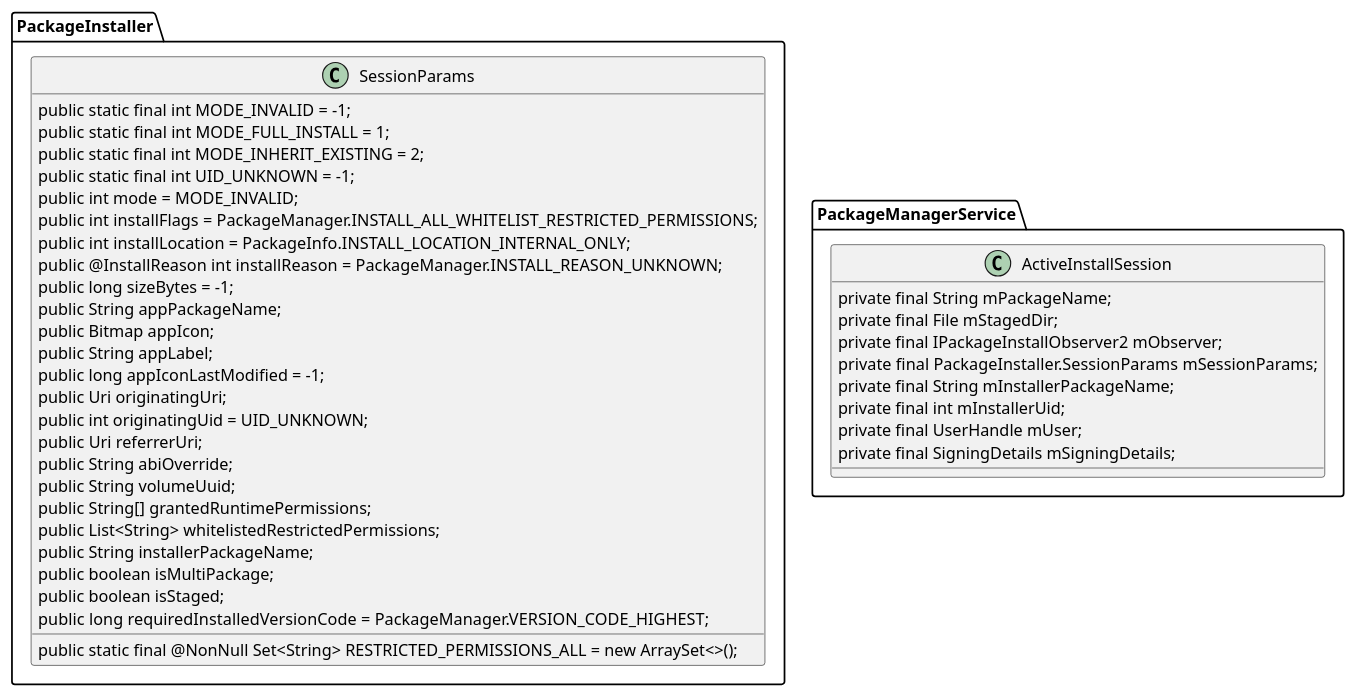
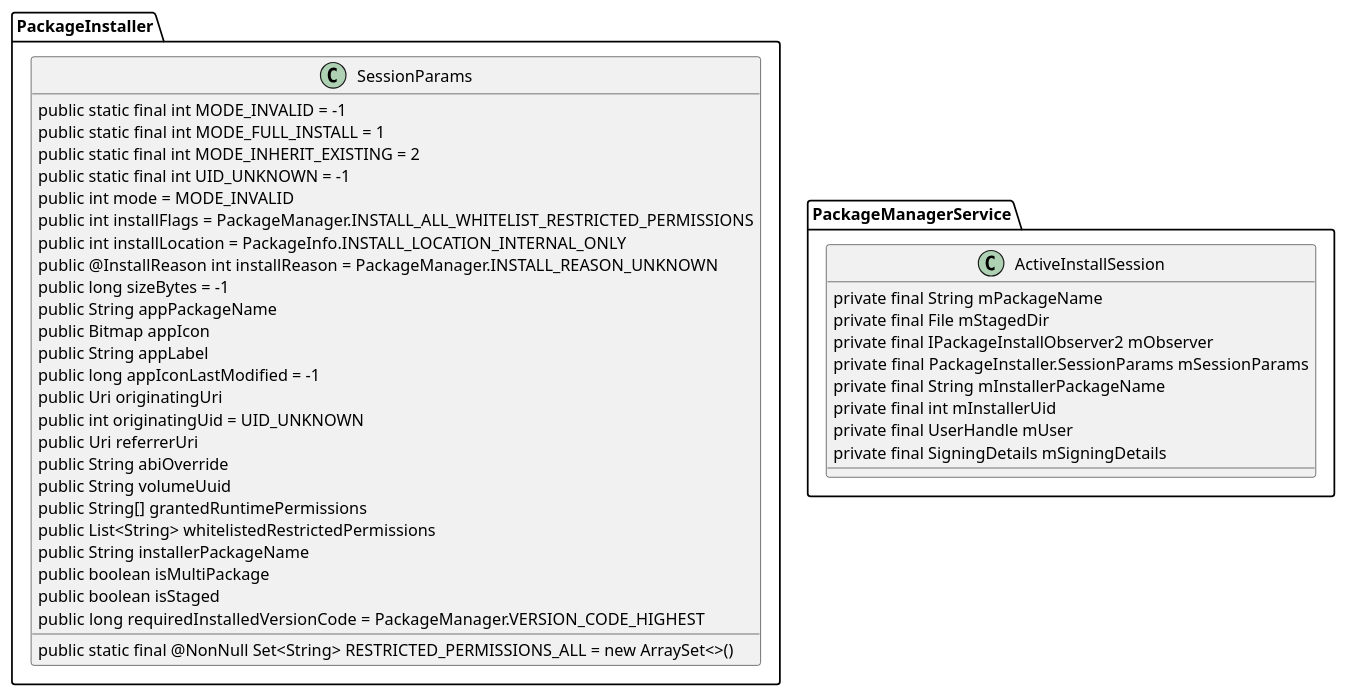
The diagram in source/_posts/android/pkms/package-install/class-1.puml (PJH0x0/hexo-backup), drawn with PlantUML before and after one commit. The commit also changed 5 other files, not shown here.

Commit message:
<20200703><Update package install>

```diff
--- a/source/_posts/android/pkms/package-install/class-1.puml
+++ b/source/_posts/android/pkms/package-install/class-1.puml
@@ -1,39 +1,39 @@
 @startuml packageinstaller-install-package-class
 class PackageInstaller.SessionParams {
-    public static final int MODE_INVALID = -1;
-    public static final int MODE_FULL_INSTALL = 1;
-    public static final int MODE_INHERIT_EXISTING = 2;
-    public static final @NonNull Set<String> RESTRICTED_PERMISSIONS_ALL = new ArraySet<>();
-    public static final int UID_UNKNOWN = -1;
-    public int mode = MODE_INVALID;
-    public int installFlags = PackageManager.INSTALL_ALL_WHITELIST_RESTRICTED_PERMISSIONS;
-    public int installLocation = PackageInfo.INSTALL_LOCATION_INTERNAL_ONLY;
-    public @InstallReason int installReason = PackageManager.INSTALL_REASON_UNKNOWN;
-    public long sizeBytes = -1;
-    public String appPackageName;
-    public Bitmap appIcon;
-    public String appLabel;
-    public long appIconLastModified = -1;
-    public Uri originatingUri;
-    public int originatingUid = UID_UNKNOWN;
-    public Uri referrerUri;
-    public String abiOverride;
-    public String volumeUuid;
-    public String[] grantedRuntimePermissions;
-    public List<String> whitelistedRestrictedPermissions;
-    public String installerPackageName;
-    public boolean isMultiPackage;
-    public boolean isStaged;
-    public long requiredInstalledVersionCode = PackageManager.VERSION_CODE_HIGHEST;
+    public static final int MODE_INVALID = -1
+    public static final int MODE_FULL_INSTALL = 1
+    public static final int MODE_INHERIT_EXISTING = 2
+    public static final @NonNull Set<String> RESTRICTED_PERMISSIONS_ALL = new ArraySet<>()
+    public static final int UID_UNKNOWN = -1
+    public int mode = MODE_INVALID
+    public int installFlags = PackageManager.INSTALL_ALL_WHITELIST_RESTRICTED_PERMISSIONS
+    public int installLocation = PackageInfo.INSTALL_LOCATION_INTERNAL_ONLY
+    public @InstallReason int installReason = PackageManager.INSTALL_REASON_UNKNOWN
+    public long sizeBytes = -1
+    public String appPackageName
+    public Bitmap appIcon
+    public String appLabel
+    public long appIconLastModified = -1
+    public Uri originatingUri
+    public int originatingUid = UID_UNKNOWN
+    public Uri referrerUri
+    public String abiOverride
+    public String volumeUuid
+    public String[] grantedRuntimePermissions
+    public List<String> whitelistedRestrictedPermissions
+    public String installerPackageName
+    public boolean isMultiPackage
+    public boolean isStaged
+    public long requiredInstalledVersionCode = PackageManager.VERSION_CODE_HIGHEST
 }
 class PackageManagerService.ActiveInstallSession {
-    private final String mPackageName;
-    private final File mStagedDir;
-    private final IPackageInstallObserver2 mObserver;
-    private final PackageInstaller.SessionParams mSessionParams;
-    private final String mInstallerPackageName;
-    private final int mInstallerUid;
-    private final UserHandle mUser;
-    private final SigningDetails mSigningDetails;
+    private final String mPackageName
+    private final File mStagedDir
+    private final IPackageInstallObserver2 mObserver
+    private final PackageInstaller.SessionParams mSessionParams
+    private final String mInstallerPackageName
+    private final int mInstallerUid
+    private final UserHandle mUser
+    private final SigningDetails mSigningDetails
 }
 @enduml
```
